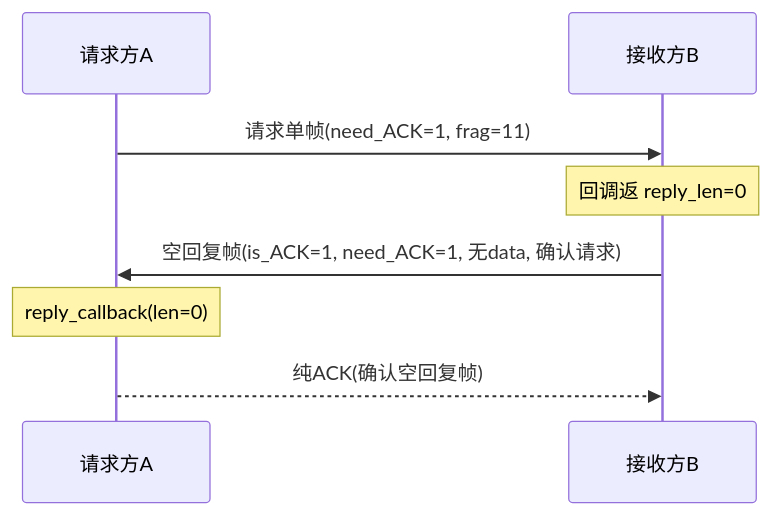
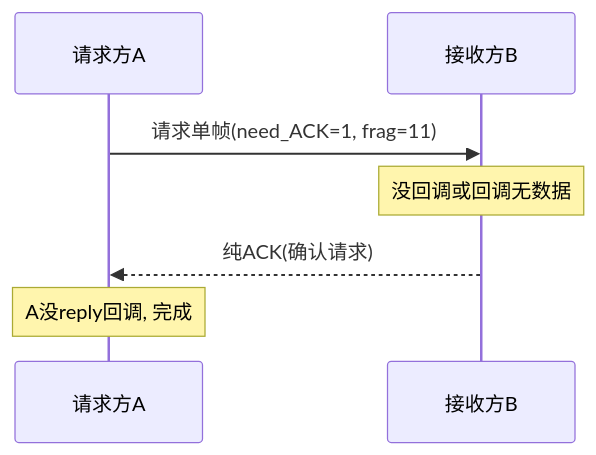
One commit to Siaiai/ObsidianNote changed the first of 13 diagrams in 工作/项目/代码/260401S3分拣面板-SIA-R9000P.md. Above: the diagram before and after it, drawn with Mermaid. The commit also changed other lines of this file and 1 other file, not shown here.

````diff
--- a/工作/项目/代码/260401S3分拣面板-SIA-R9000P.md
+++ b/工作/项目/代码/260401S3分拣面板-SIA-R9000P.md
@@ -71,10 +71,9 @@
 ```mermaid
 sequenceDiagram
     participant A as 请求方A
     participant B as 接收方B
     A->>B: 请求单帧(need_ACK=1, frag=11)
-    Note over B: 回调返 reply_len=0
-    B->>A: 空回复帧(is_ACK=1, need_ACK=1, 无data, 确认请求)
-    Note over A: reply_callback(len=0)
-    A-->>B: 纯ACK(确认空回复帧)
+    Note over B: 没回调或回调无数据
+    B-->>A: 纯ACK(确认请求)
+    Note over A: A没reply回调, 完成
 ```
````
